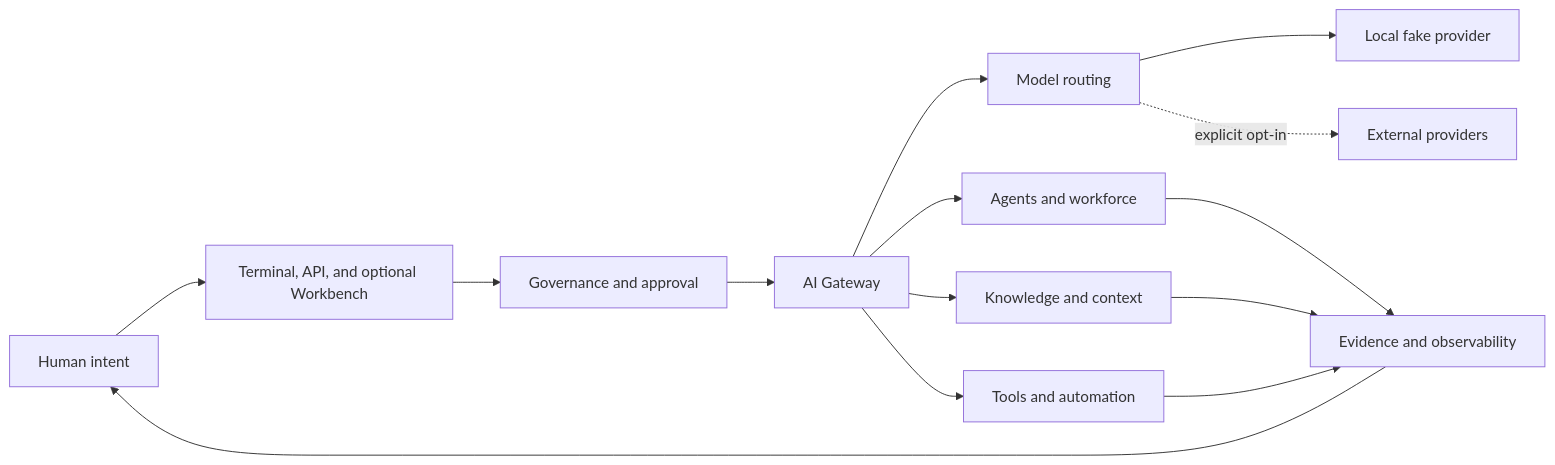
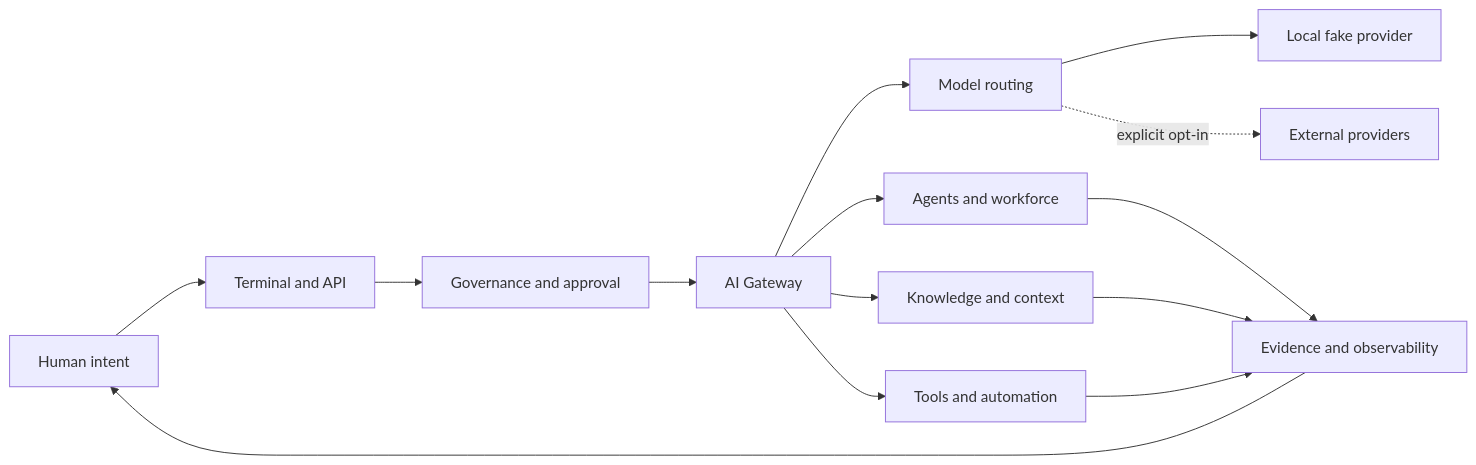
The diagram in README.md (happy520ai/unified-ai-system), drawn with Mermaid before and after one commit. The commit also changed other lines of this file and 214 other files, not shown here.

````diff
--- a/README.md
+++ b/README.md
@@ -181,16 +172,16 @@
 ```mermaid
 flowchart LR
-    H["Human intent"] --> W["Terminal, API, and optional Workbench"]
+    H["Human intent"] --> W["Terminal and API"]
     W --> G["Governance and approval"]
     G --> R["AI Gateway"]
     R --> M["Model routing"]
     R --> A["Agents and workforce"]
     R --> K["Knowledge and context"]
     R --> T["Tools and automation"]
     M --> L["Local fake provider"]
     M -. "explicit opt-in" .-> P["External providers"]
     A --> E["Evidence and observability"]
     K --> E
     T --> E
     E --> H
 ```
````
